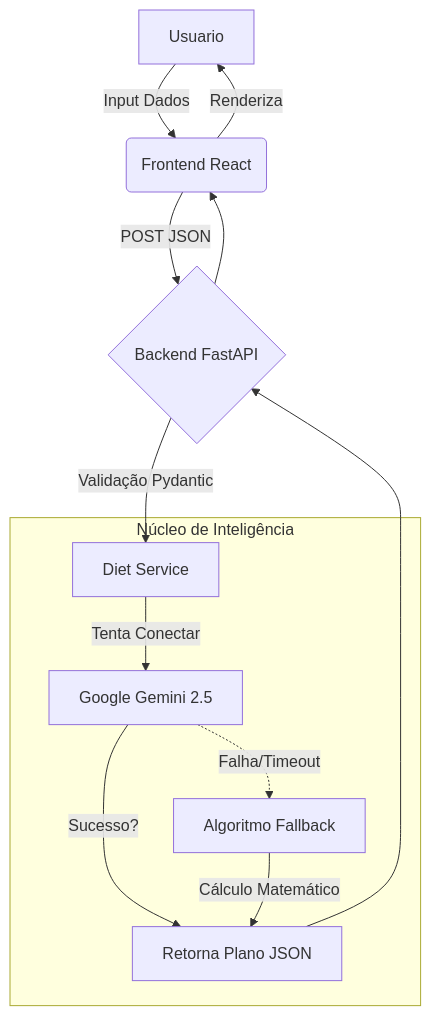
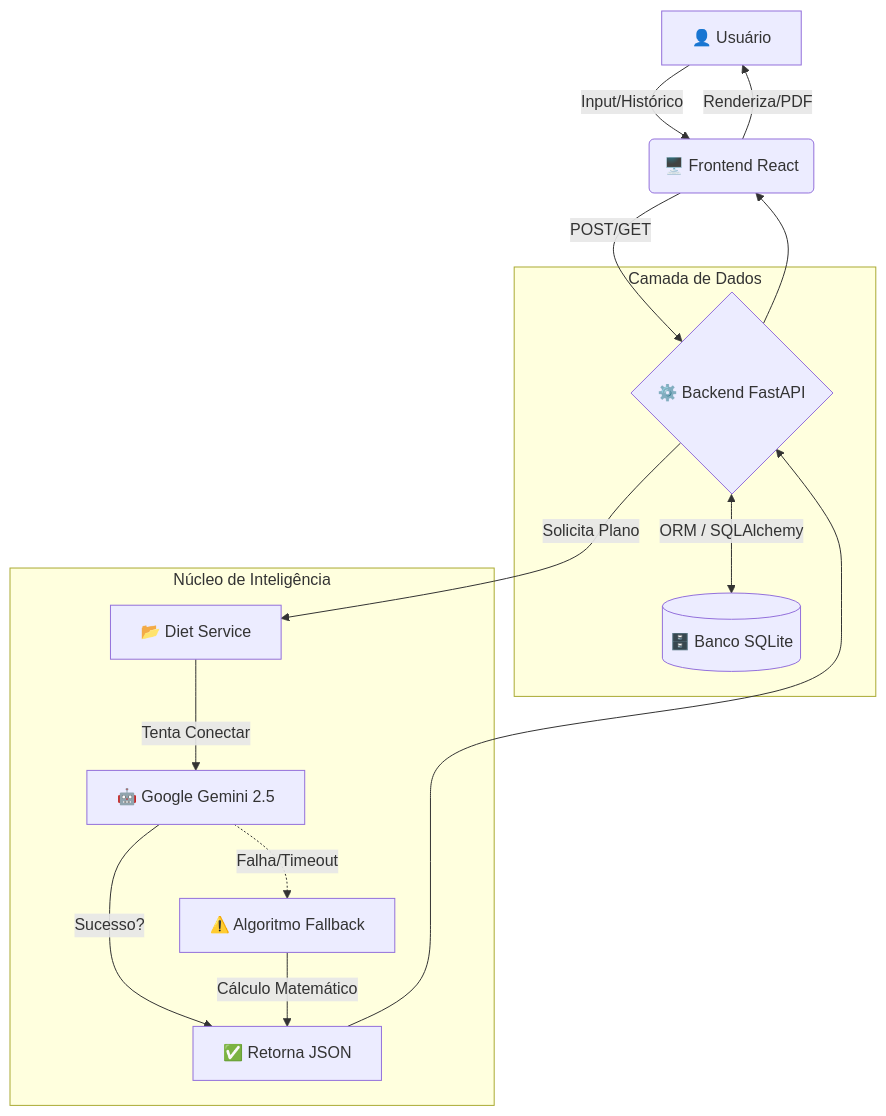
One commit to murylomarques/ai-nutrition-coach changed the diagram in README.md. Above: the diagram before and after it, drawn with Mermaid. The commit also changed other lines of this file, not shown here.

Commit message:
docs: update readme with fullstack features (db, history, pdf)

````diff
--- a/README.md
+++ b/README.md
@@ -30,18 +32,21 @@
 ```mermaid
 graph TD
-    A[Usuario] -->|Input Dados| B(Frontend React)
-    B -->|POST JSON| C{Backend FastAPI}
-    C -->|Validação Pydantic| D[Diet Service]
+    A[👤 Usuário] -->|Input/Histórico| B(🖥️ Frontend React)
+    B -->|POST/GET| C{⚙️ Backend FastAPI}
+    
+    subgraph "Camada de Dados"
+    C <-->|ORM / SQLAlchemy| DB[(🗄️ Banco SQLite)]
+    end
     
     subgraph "Núcleo de Inteligência"
-    D -->|Tenta Conectar| E[Google Gemini 2.5]
-    E -->|Sucesso?| F[Retorna Plano JSON]
-    E -.->|Falha/Timeout| G[Algoritmo Fallback]
+    C -->|Solicita Plano| D[📂 Diet Service]
+    D -->|Tenta Conectar| E[🤖 Google Gemini 2.5]
+    E -->|Sucesso?| F[✅ Retorna JSON]
+    E -.->|Falha/Timeout| G[⚠️ Algoritmo Fallback]
     G -->|Cálculo Matemático| F
     end
     
     F --> C
     C --> B
-    B -->|Renderiza| A
-
+    B -->|Renderiza/PDF| A
 ```
````
